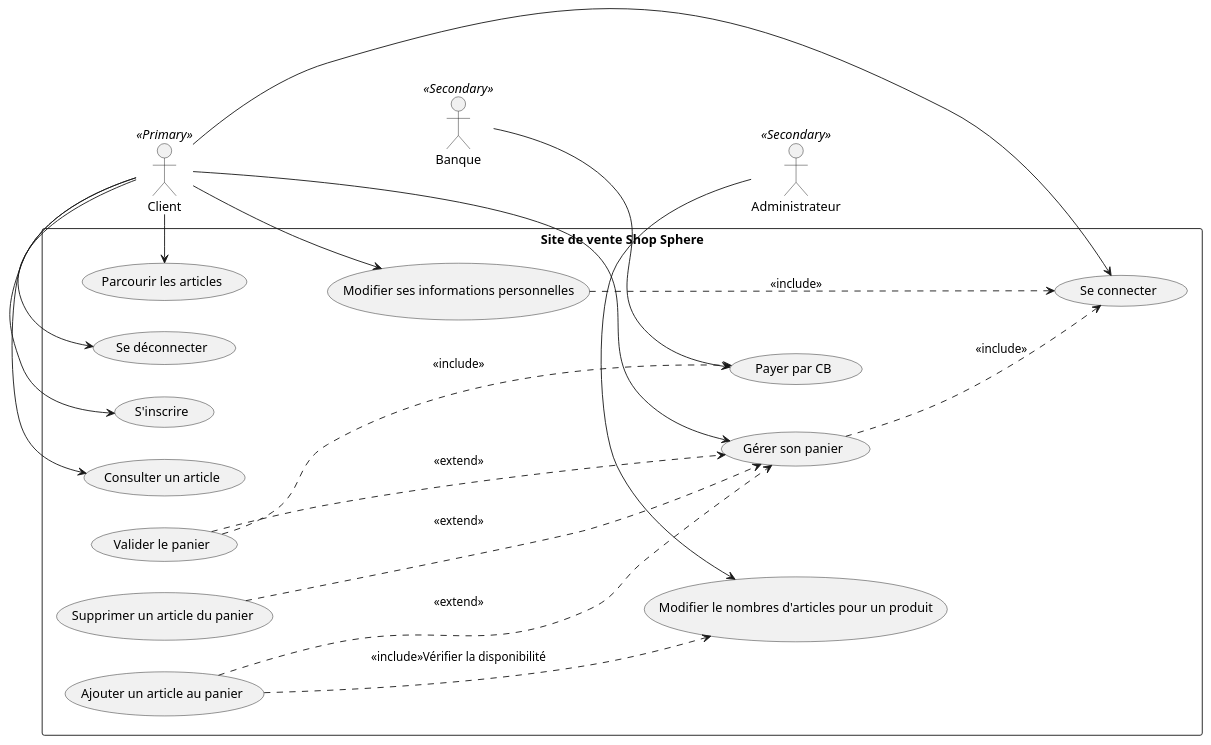
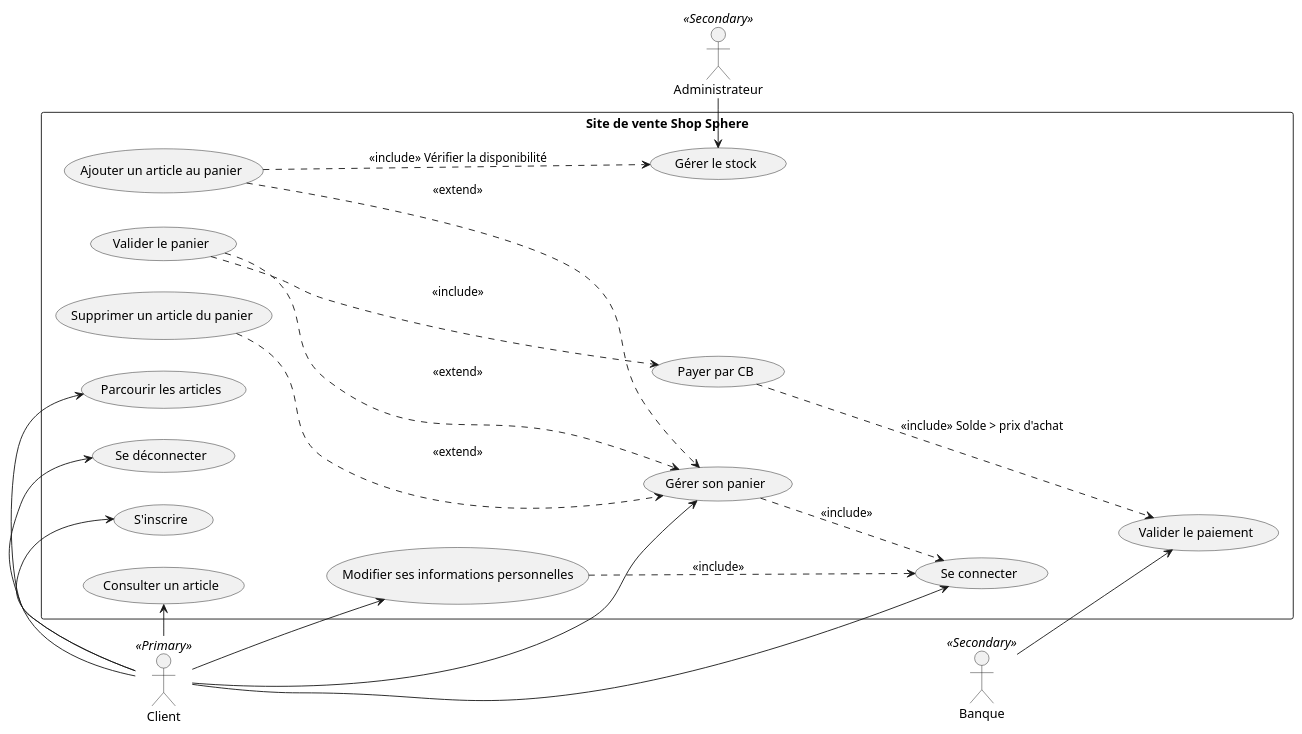
Before and after one commit to achrafZer/shop-sphere-backend: the diagram in diagrams/usecase/UseCase.puml, drawn with PlantUML. The commit also changed 1 other file, not shown here.

Commit message:
bugfix: modify use case diagram

```diff
--- a/diagrams/usecase/UseCase.puml
+++ b/diagrams/usecase/UseCase.puml
@@ -1,49 +1,45 @@
 @startuml
 left to right direction
 
 actor Client <<Primary>> as Customer
 actor Administrateur <<Secondary>> as Admin
 actor Banque <<Secondary>> as Bank
 
 
 rectangle "Site de vente Shop Sphere" {
-        usecase "S'inscrire" as UC1
-        usecase "Consulter un article" as UC2
+    usecase "S'inscrire" as UC1
+    usecase "Consulter un article" as UC2
     usecase "Parcourir les articles" as UC4
     usecase "Se connecter" as UC5
     usecase "Se déconnecter" as UC6
     usecase "Modifier ses informations personnelles" as UC7
     usecase "Gérer son panier" as UC9
     usecase "Ajouter un article au panier" as UC12
     usecase "Supprimer un article du panier" as UC13
     usecase "Valider le panier" as UC14
-    usecase "Modifier le nombres d'articles pour un produit" as UC15
+    usecase "Gérer le stock" as UC15
     usecase "Payer par CB" as UC16
+    usecase "Valider le paiement" as UC17
 }
 
 UC7 ...> UC5: <<include>>
 UC9 ..> UC5: <<include>>
 UC12 ...> UC9: <<extend>>
-UC12 ...> UC15: <<include>>Vérifier la disponibilité
+UC12 ...> UC15: <<include>> Vérifier la disponibilité
 UC13 ...> UC9: <<extend>>
 UC14 ...> UC9: <<extend>>
 UC14 ...> UC16: <<include>>
+UC16 ...> UC17: <<include>> Solde > prix d'achat
 
 Customer -> UC5
 Customer -> UC6
 Customer -> UC1
 Customer -> UC2
 Customer -> UC7
 Customer -> UC9
 Customer -> UC4
 
 Admin -> UC15
 
-
-
-
-
-
-
-Bank --> UC16
+Bank --> UC17
 @enduml
```
